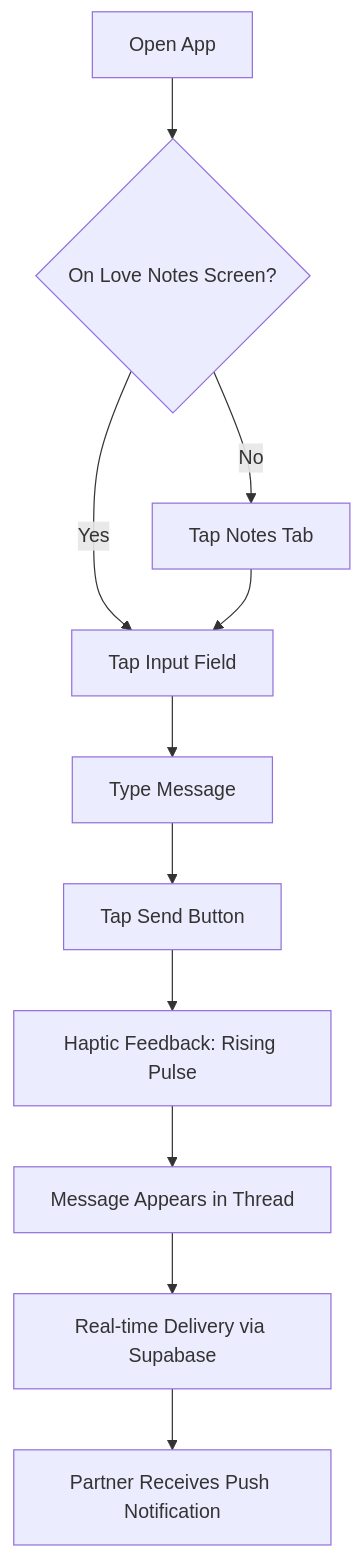
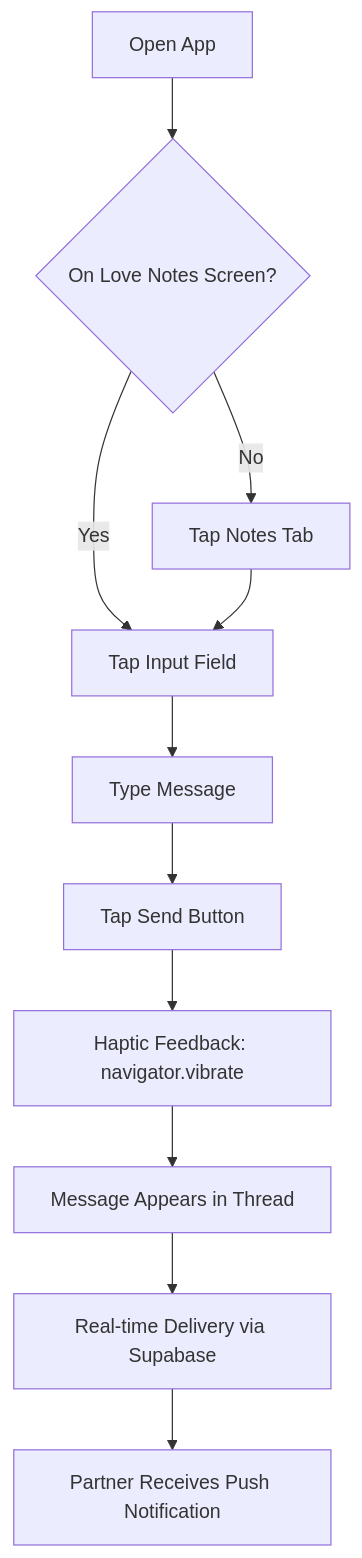
One commit to Sallvainian/My-Love changed the first of 6 diagrams in docs/09-UX-Spec/ux-design-specification.md. Above: the diagram before and after it, drawn with Mermaid. The commit also changed other lines of this file and 83 other files, not shown here.

````diff
--- a/docs/09-UX-Spec/ux-design-specification.md
+++ b/docs/09-UX-Spec/ux-design-specification.md
@@ -261,13 +266,13 @@
 ```mermaid
 graph TD
     A[Open App] --> B{On Love Notes Screen?}
     B -->|Yes| C[Tap Input Field]
     B -->|No| D[Tap Notes Tab]
     D --> C
     C --> E[Type Message]
     E --> F[Tap Send Button]
-    F --> G[Haptic Feedback: Rising Pulse]
+    F --> G[Haptic Feedback: navigator.vibrate]
     G --> H[Message Appears in Thread]
     H --> I[Real-time Delivery via Supabase]
     I --> J[Partner Receives Push Notification]
 ```
````
